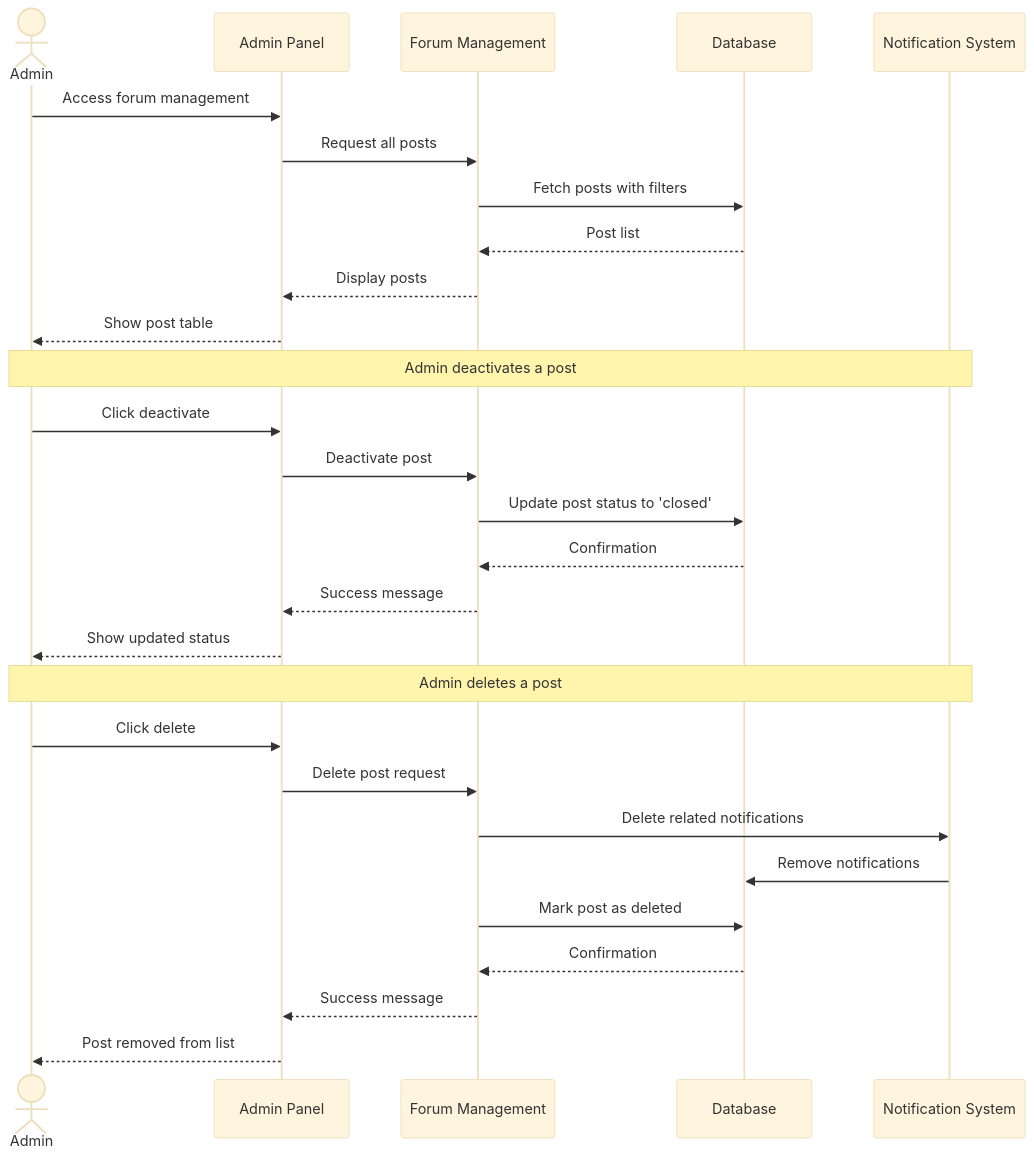
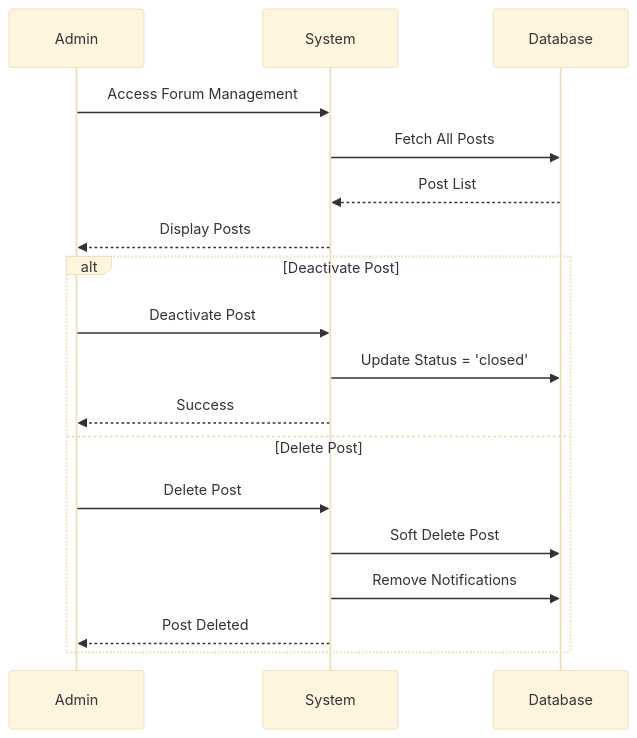
One commit to abdullah2323442/practice changed diagram 13 of 16 in system documentation.md. Above: the diagram before and after it, drawn with Mermaid (base theme). The commit also changed other lines of this file, not shown here.

First line of the commit message:
Revise system documentation with updated diagrams

````diff
--- a/system documentation.md
+++ b/system documentation.md
@@ -579,33 +567,22 @@
 ```mermaid
 sequenceDiagram
-    actor Admin
-    participant Web as Admin Panel
-    participant Forum as Forum Management
+    participant A as Admin
+    participant S as System
     participant DB as Database
-    participant Notif as Notification System
     
-    Admin->>Web: Access forum management
-    Web->>Forum: Request all posts
-    Forum->>DB: Fetch posts with filters
-    DB-->>Forum: Post list
-    Forum-->>Web: Display posts
-    Web-->>Admin: Show post table
+    A->>S: Access Forum Management
+    S->>DB: Fetch All Posts
+    DB-->>S: Post List
+    S-->>A: Display Posts
     
-    Note over Admin,Notif: Admin deactivates a post
-    Admin->>Web: Click deactivate
-    Web->>Forum: Deactivate post
-    Forum->>DB: Update post status to 'closed'
-    DB-->>Forum: Confirmation
-    Forum-->>Web: Success message
-    Web-->>Admin: Show updated status
-    
-    Note over Admin,Notif: Admin deletes a post
-    Admin->>Web: Click delete
-    Web->>Forum: Delete post request
-    Forum->>Notif: Delete related notifications
-    Notif->>DB: Remove notifications
-    Forum->>DB: Mark post as deleted
-    DB-->>Forum: Confirmation
-    Forum-->>Web: Success message
-    Web-->>Admin: Post removed from list
+    alt Deactivate Post
+        A->>S: Deactivate Post
+        S->>DB: Update Status = 'closed'
+        S-->>A: Success
+    else Delete Post
+        A->>S: Delete Post
+        S->>DB: Soft Delete Post
+        S->>DB: Remove Notifications
+        S-->>A: Post Deleted
+    end
 ```
````
